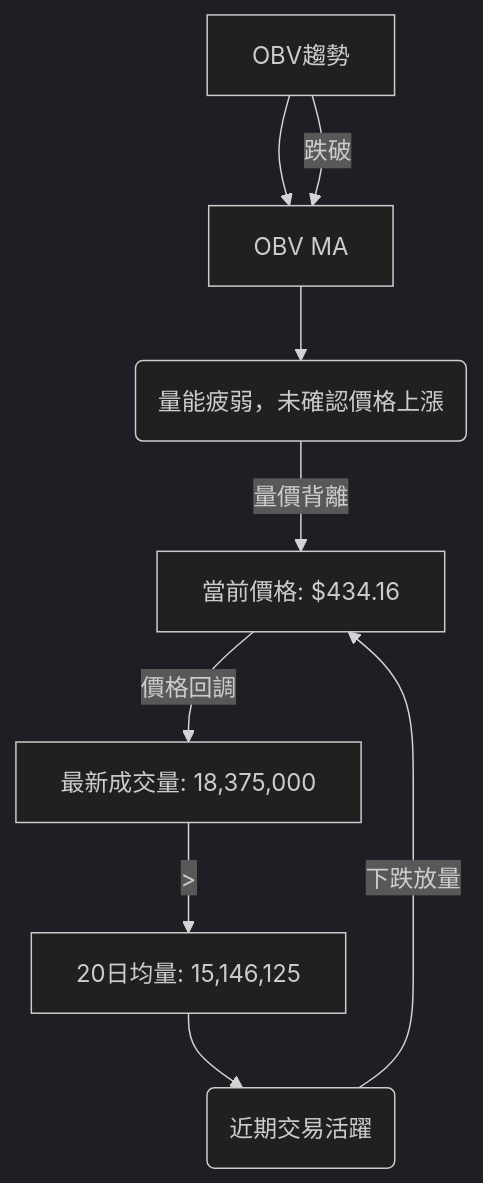
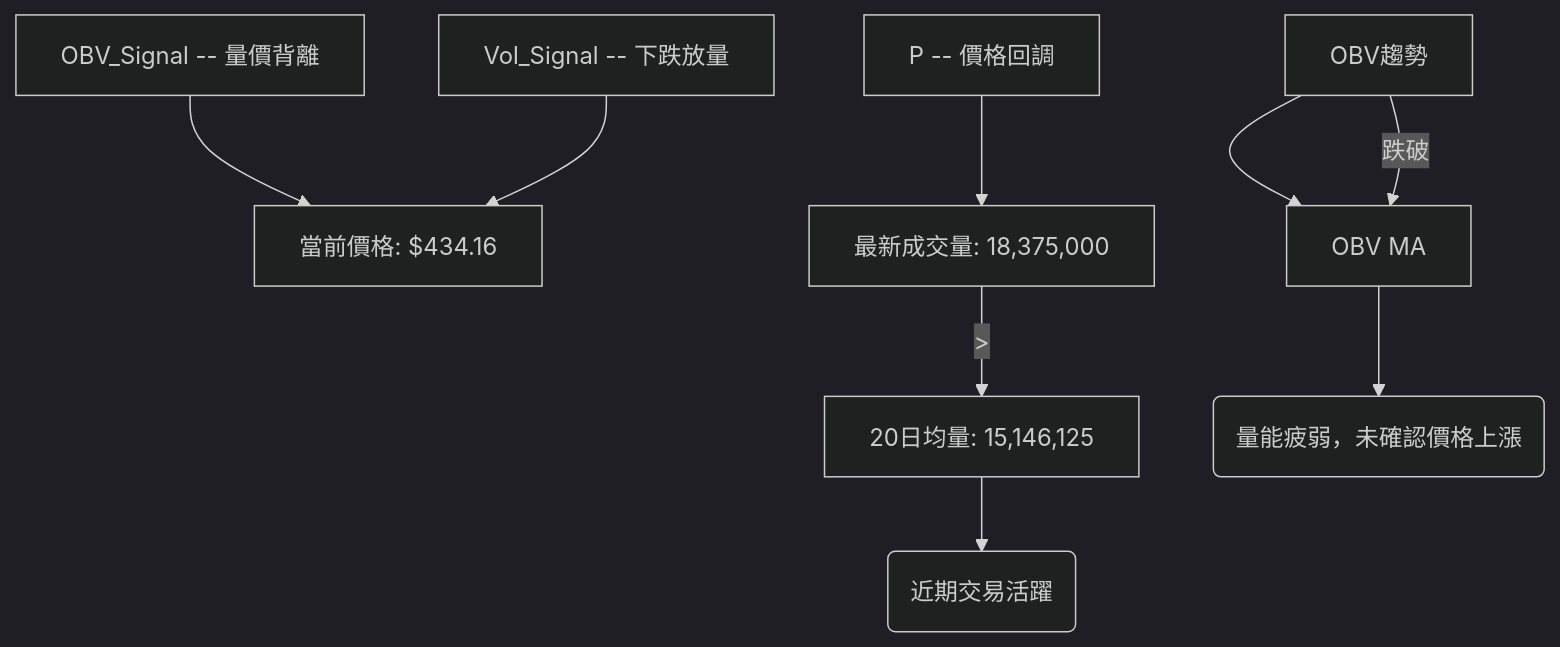
One commit to yennanliu/finance_data changed the ninth of 12 diagrams in ai_gen_report/stock/tsm/technical_analysis_2026-07-04_gemini.md. Above: the diagram before and after it, drawn with Mermaid (dark theme). The commit also changed other lines of this file and 2258 other files, not shown here.

First line of the commit message:
chore: backfill Mermaid syntax repair across existing reports

````diff
--- a/ai_gen_report/stock/tsm/technical_analysis_2026-07-04_gemini.md
+++ b/ai_gen_report/stock/tsm/technical_analysis_2026-07-04_gemini.md
@@ -576,14 +576,14 @@
 ```mermaid
 graph TD
-    P[當前價格: $434.16]
-    V[最新成交量: 18,375,000]
-    AV[20日均量: 15,146,125]
-    OBV_C[OBV趨勢] --> OBV_MA[OBV MA]
+    P["當前價格: $434.16"]
+    V["最新成交量: 18,375,000"]
+    AV["20日均量: 15,146,125"]
+    OBV_C["OBV趨勢"] --> OBV_MA["OBV MA"]
 
-    V -- > --> AV --> Vol_Signal(近期交易活躍)
-    OBV_C -- 跌破 --> OBV_MA --> OBV_Signal(量能疲弱，未確認價格上漲)
+    V -- > --> AV --> Vol_Signal("近期交易活躍")
+    OBV_C -- 跌破 --> OBV_MA --> OBV_Signal("量能疲弱，未確認價格上漲")
 
-    P -- 價格回調 --> V
-    OBV_Signal -- 量價背離 --> P
-    Vol_Signal -- 下跌放量 --> P
+    nb1["P -- 價格回調"] --> V
+    nb2["OBV_Signal -- 量價背離"] --> P
+    nb3["Vol_Signal -- 下跌放量"] --> P
 ```
````
